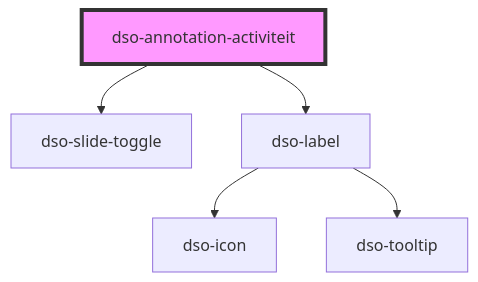
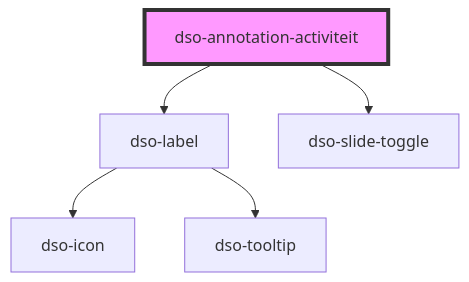
The diagram in packages/core/src/components/annotation/annotation-activiteit/readme.md (dso-toolkit/dso-toolkit), drawn with Mermaid before and after one commit. The commit also changed other lines of this file and 5 other files, not shown here.

````diff
--- a/packages/core/src/components/annotation/annotation-activiteit/readme.md
+++ b/packages/core/src/components/annotation/annotation-activiteit/readme.md
@@ -37,8 +37,8 @@
 ```mermaid
 graph TD;
+  dso-annotation-activiteit --> dso-label
   dso-annotation-activiteit --> dso-slide-toggle
-  dso-annotation-activiteit --> dso-label
   dso-label --> dso-icon
   dso-label --> dso-tooltip
   style dso-annotation-activiteit fill:#f9f,stroke:#333,stroke-width:4px
 ```
````
